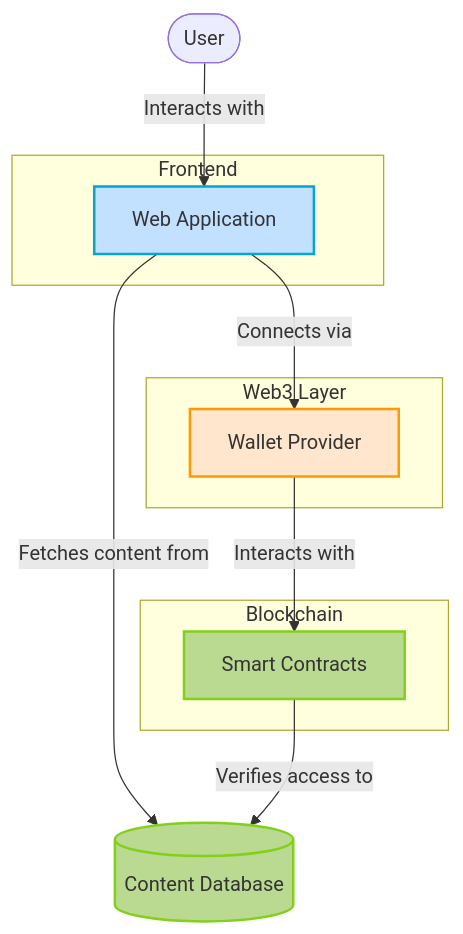
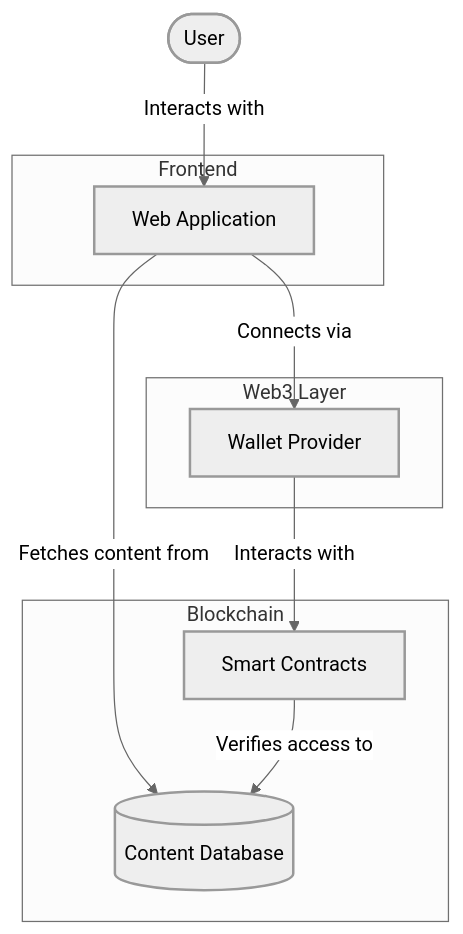
Before and after one commit to jmakwana01/InsightTiers: the first of 10 diagrams in README.md, drawn with Mermaid. The commit also changed other lines of this file, not shown here.

````diff
--- a/README.md
+++ b/README.md
@@ -7,34 +7,34 @@
 ```mermaid
+%%{init: {'theme':'neutral', 'themeVariables': {'primaryColor': '#f5f5f5', 'primaryTextColor': '#000000', 'primaryBorderColor': '#333333', 'lineColor': '#666666', 'fontFamily': 'arial'}}}%%
 graph TD
     User([User])
     Web[Web Application]
     WalletP[Wallet Provider]
     SC[Smart Contracts]
     Database[(Content Database)]
     
     User -->|Interacts with| Web
     Web -->|Connects via| WalletP
     WalletP -->|Interacts with| SC
     Web -->|Fetches content from| Database
     SC -->|Verifies access to| Database
     
     subgraph "Frontend"
         Web
     end
     
     subgraph "Web3 Layer"
         WalletP
     end
     
     subgraph "Blockchain"
         SC
+        Database
     end
     
-    classDef frontend fill:#c2e0ff,stroke:#05a5d1,stroke-width:2px;
-    classDef web3 fill:#ffe6cc,stroke:#ff9900,stroke-width:2px;
-    classDef blockchain fill:#bad991,stroke:#83d01b,stroke-width:2px;
-    
-    class Web frontend;
-    class WalletP web3;
-    class SC,Database blockchain;
+    style User stroke-width:2px
+    style Web stroke-width:2px
+    style WalletP stroke-width:2px
+    style SC stroke-width:2px
+    style Database stroke-width:2px
 ```
````
